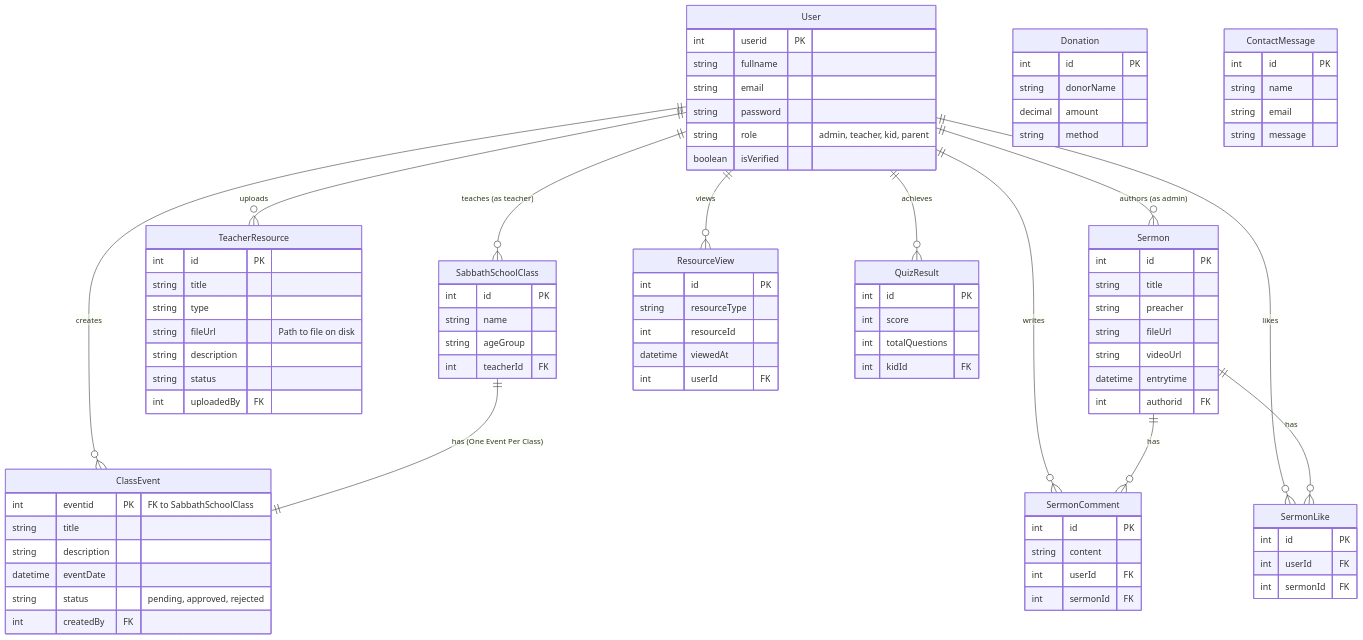
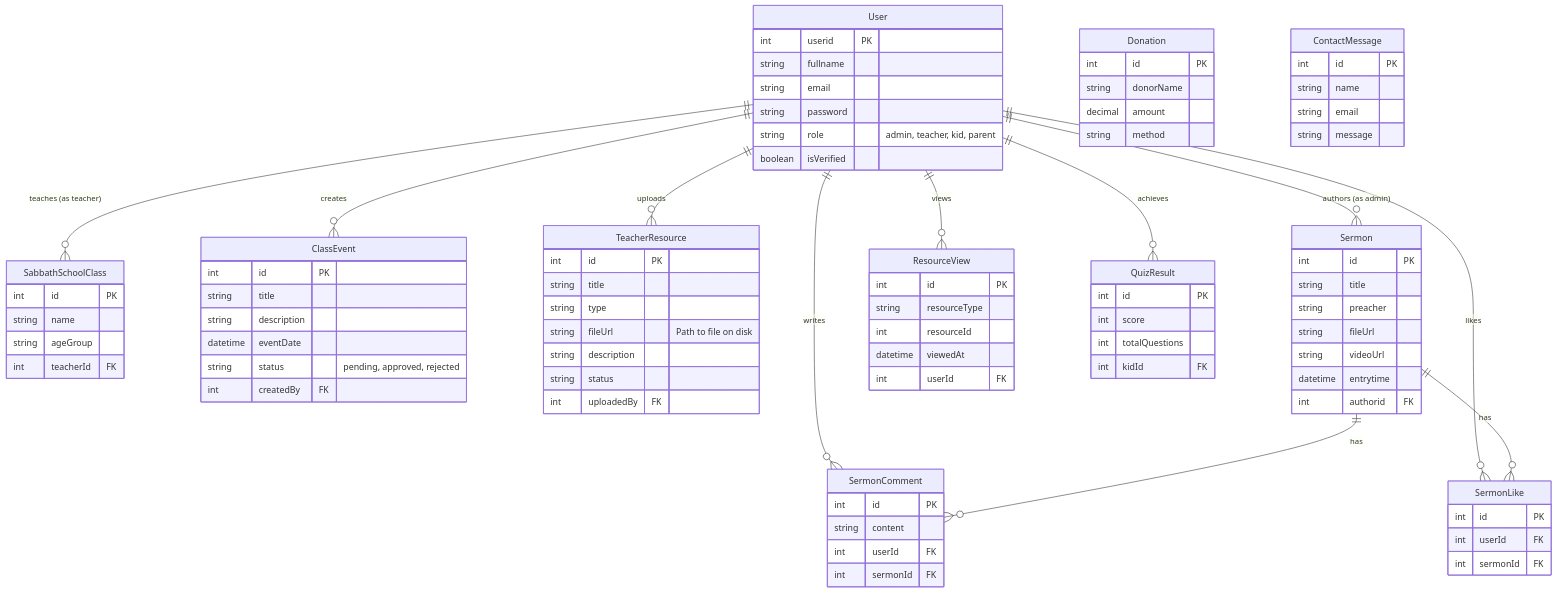
The diagram in docs/database_map.md (MukisaInnocent/Tudduke-Okufa), drawn with Mermaid before and after one commit. The commit also changed other lines of this file and 20 other files, not shown here.

```diff
--- a/docs/database_map.md
+++ b/docs/database_map.md
@@ -23,7 +23,7 @@
     }
 
     ClassEvent {
-        int eventid PK "FK to SabbathSchoolClass"
+        int id PK
         string title
         string description
         datetime eventDate
@@ -110,7 +110,7 @@
     User ||--o{ QuizResult : "achieves"
 
     %% Class Relationships
-    SabbathSchoolClass ||--|| ClassEvent : "has (One Event Per Class)"
+    %% SabbathSchoolClass relationship removed (Events are now independent)
     
     %% Sermon Relationships
     Sermon ||--o{ SermonComment : "has"
```
